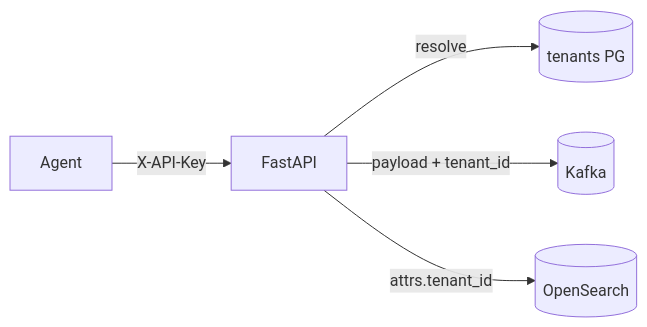
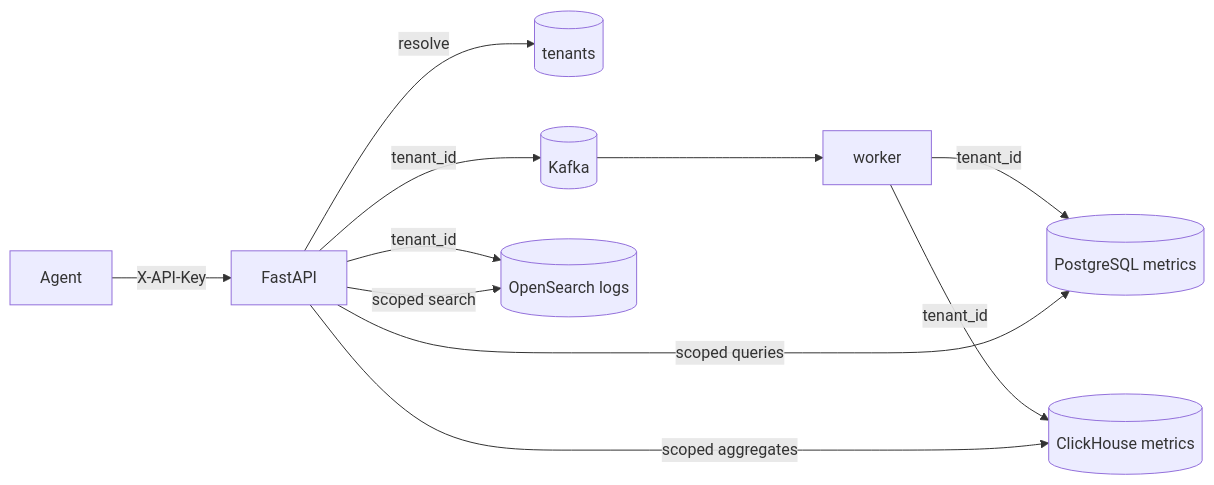
The diagram in docs/phase-6-architecture.md (jayakrishnan98/InsightNode), drawn with Mermaid before and after one commit. The commit also changed other lines of this file and 15 other files, not shown here.

````diff
--- a/docs/phase-6-architecture.md
+++ b/docs/phase-6-architecture.md
@@ -18,7 +18,13 @@
 ```mermaid
 flowchart LR
   Agent -->|X-API-Key| API[FastAPI]
-  API -->|resolve| T[(tenants PG)]
-  API -->|payload + tenant_id| K[(Kafka)]
-  API -->|attrs.tenant_id| OS[(OpenSearch)]
+  API -->|resolve| T[(tenants)]
+  API -->|tenant_id| K[(Kafka)]
+  K --> W[worker]
+  W -->|tenant_id| PG[(PostgreSQL metrics)]
+  W -->|tenant_id| CH[(ClickHouse metrics)]
+  API -->|tenant_id| OS[(OpenSearch logs)]
+  API -->|scoped queries| PG
+  API -->|scoped aggregates| CH
+  API -->|scoped search| OS
 ```
````
